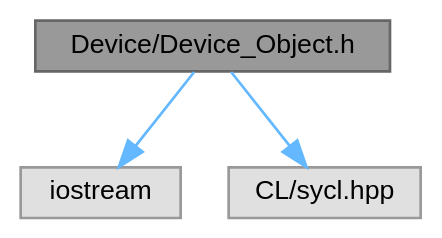
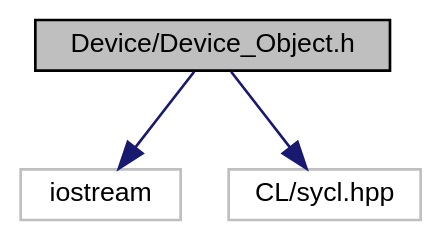
One commit to OsmanAEG/PySYCL changed the diagram in docs/PySYCL_doxygen_html/_device___object_8h__incl.dot. Above: the diagram before and after it, drawn with Graphviz. The commit also changed 129 other files, not shown here.

```diff
--- a/docs/PySYCL_doxygen_html/_device___object_8h__incl.dot
+++ b/docs/PySYCL_doxygen_html/_device___object_8h__incl.dot
@@ -1,13 +1,13 @@
 digraph "Device/Device_Object.h"
 {
  // INTERACTIVE_SVG=YES
  // LATEX_PDF_SIZE
   bgcolor="transparent";
-  edge [fontname=Helvetica,fontsize=10,labelfontname=Helvetica,labelfontsize=10];
-  node [fontname=Helvetica,fontsize=10,shape=box,height=0.2,width=0.4];
-  Node1 [id="Node000001",label="Device/Device_Object.h",height=0.2,width=0.4,color="gray40", fillcolor="grey60", style="filled", fontcolor="black",tooltip="SYCL device selection in PySYCL."];
-  Node1 -> Node2 [id="edge1_Node000001_Node000002",color="steelblue1",style="solid",tooltip=" "];
-  Node2 [id="Node000002",label="iostream",height=0.2,width=0.4,color="grey60", fillcolor="#E0E0E0", style="filled",tooltip=" "];
-  Node1 -> Node3 [id="edge2_Node000001_Node000003",color="steelblue1",style="solid",tooltip=" "];
-  Node3 [id="Node000003",label="CL/sycl.hpp",height=0.2,width=0.4,color="grey60", fillcolor="#E0E0E0", style="filled",tooltip=" "];
+  edge [fontname="Helvetica",fontsize="10",labelfontname="Helvetica",labelfontsize="10"];
+  node [fontname="Helvetica",fontsize="10",shape=record];
+  Node1 [label="Device/Device_Object.h",height=0.2,width=0.4,color="black", fillcolor="grey75", style="filled", fontcolor="black",tooltip="Device object for device selection in PySYCL."];
+  Node1 -> Node2 [color="midnightblue",fontsize="10",style="solid",fontname="Helvetica"];
+  Node2 [label="iostream",height=0.2,width=0.4,color="grey75",tooltip=" "];
+  Node1 -> Node3 [color="midnightblue",fontsize="10",style="solid",fontname="Helvetica"];
+  Node3 [label="CL/sycl.hpp",height=0.2,width=0.4,color="grey75",tooltip=" "];
 }
```
